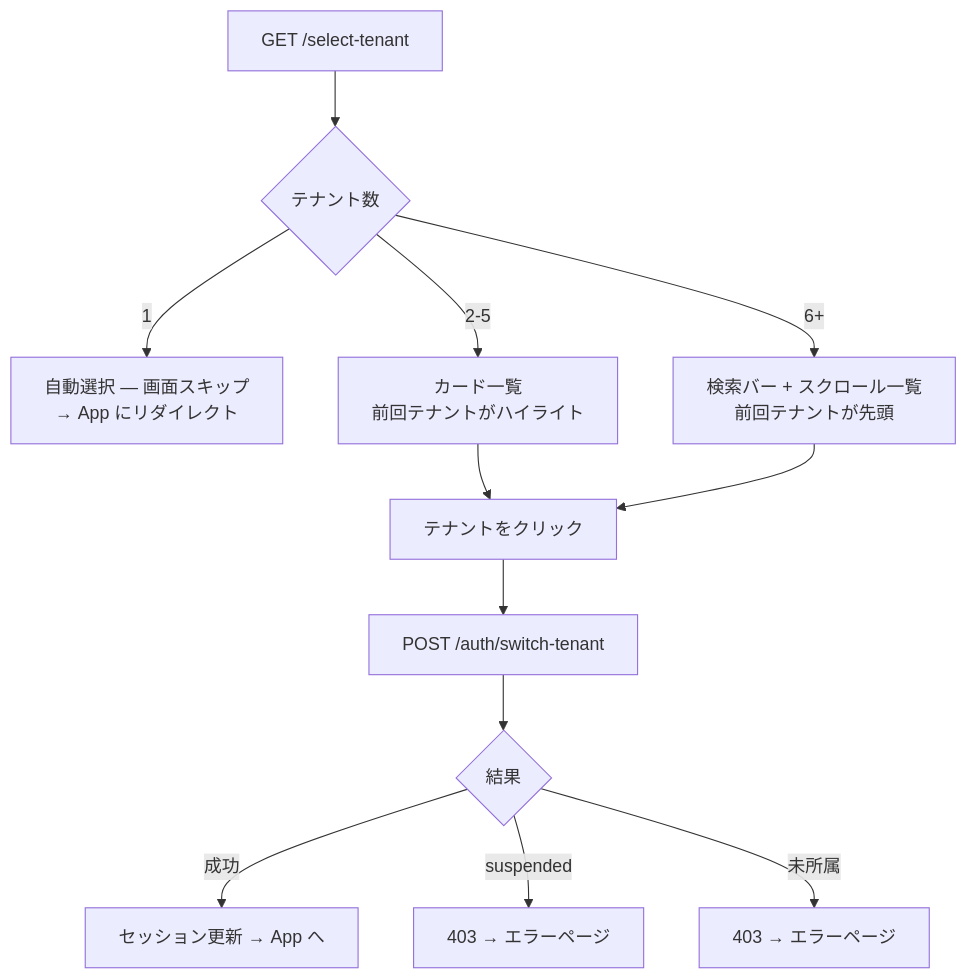
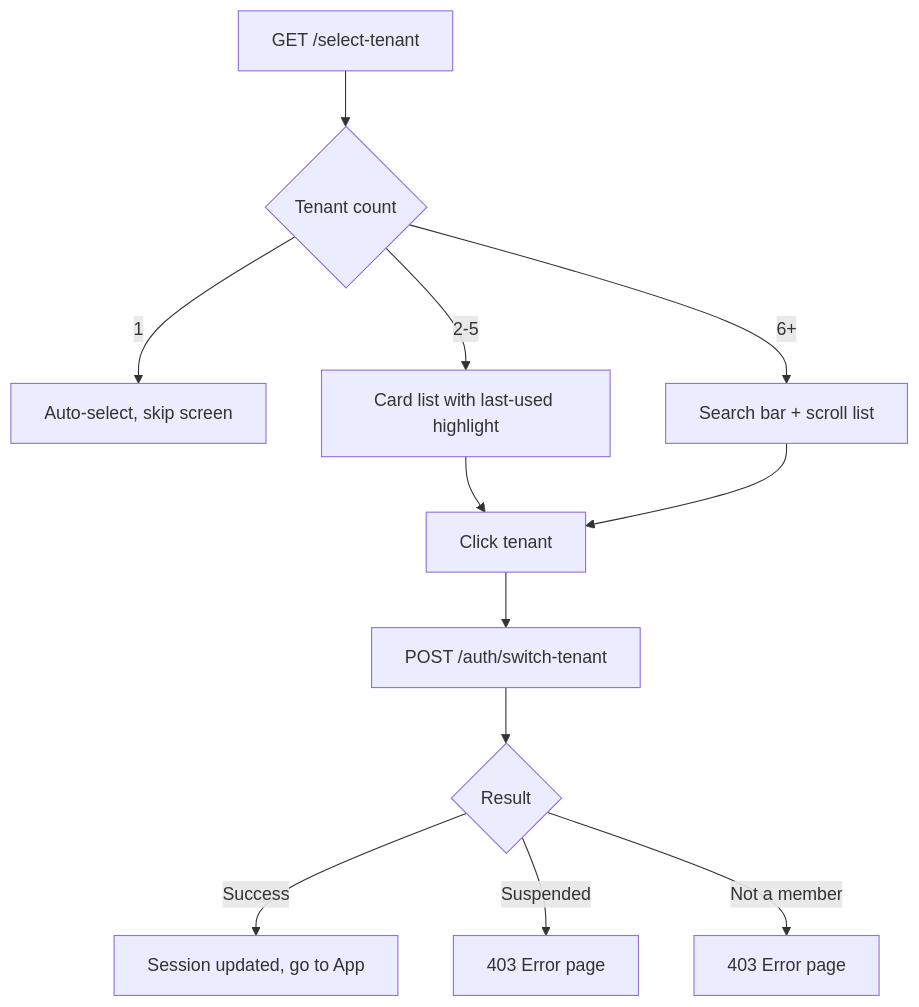
One commit to opaopa6969/volta-auth-proxy changed the fourth of 12 diagrams in dge/specs/ui-flow.md. Above: the diagram before and after it, drawn with Mermaid. The commit also changed other lines of this file, not shown here.

First line of the commit message:
Fix mermaid diagrams for GitHub rendering

````diff
--- a/dge/specs/ui-flow.md
+++ b/dge/specs/ui-flow.md
@@ -116,17 +116,17 @@
 ```mermaid
 flowchart TD
-    A[GET /select-tenant] --> B{テナント数}
+    A["GET /select-tenant"] --> B{"Tenant count"}
 
-    B -->|1| C[自動選択 — 画面スキップ<br>→ App にリダイレクト]
-    B -->|2-5| D[カード一覧<br>前回テナントがハイライト]
-    B -->|6+| E[検索バー + スクロール一覧<br>前回テナントが先頭]
+    B -->|1| C["Auto-select, skip screen"]
+    B -->|"2-5"| D["Card list with last-used highlight"]
+    B -->|"6+"| E["Search bar + scroll list"]
 
-    D --> F[テナントをクリック]
+    D --> F["Click tenant"]
     E --> F
 
-    F --> G[POST /auth/switch-tenant]
-    G --> H{結果}
-    H -->|成功| I[セッション更新 → App へ]
-    H -->|suspended| J[403 → エラーページ]
-    H -->|未所属| K[403 → エラーページ]
+    F --> G["POST /auth/switch-tenant"]
+    G --> H{"Result"}
+    H -->|Success| I["Session updated, go to App"]
+    H -->|Suspended| J["403 Error page"]
+    H -->|Not a member| K["403 Error page"]
 ```
````
